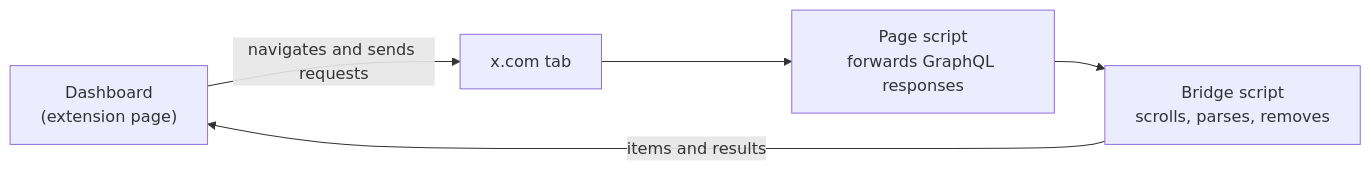
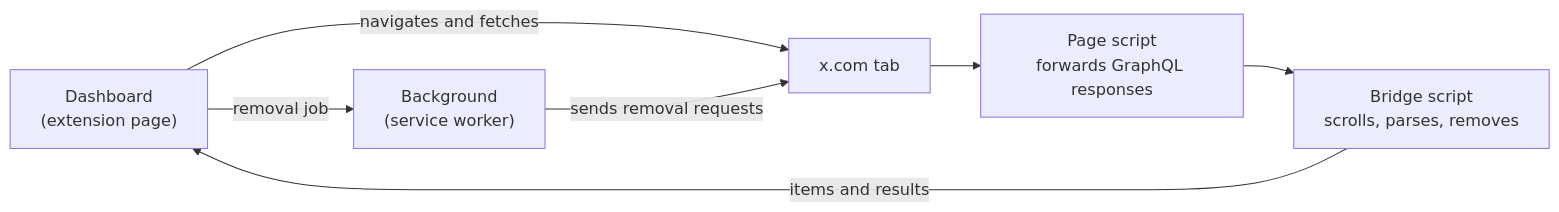
The diagram in README.md (evertoont/x-cleaner), drawn with Mermaid before and after one commit. The commit also changed other lines of this file, not shown here.

Commit message:
docs(readme): describe background removals and daily limits

````diff
--- a/README.md
+++ b/README.md
@@ -99,7 +100,9 @@
 ```mermaid
 flowchart LR
-  dashboard["Dashboard<br/>(extension page)"] -- "navigates and sends requests" --> tab["x.com tab"]
+  dashboard["Dashboard<br/>(extension page)"] -- "navigates and fetches" --> tab["x.com tab"]
+  dashboard -- "removal job" --> background["Background<br/>(service worker)"]
+  background -- "sends removal requests" --> tab
   tab --> page["Page script<br/>forwards GraphQL responses"]
   page --> bridge["Bridge script<br/>scrolls, parses, removes"]
   bridge -- "items and results" --> dashboard
 ```
````
